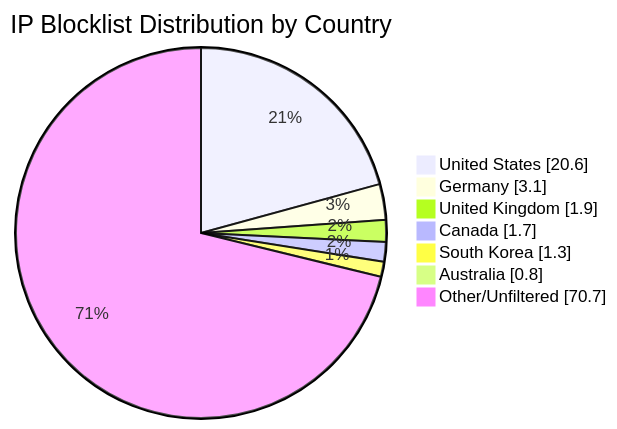
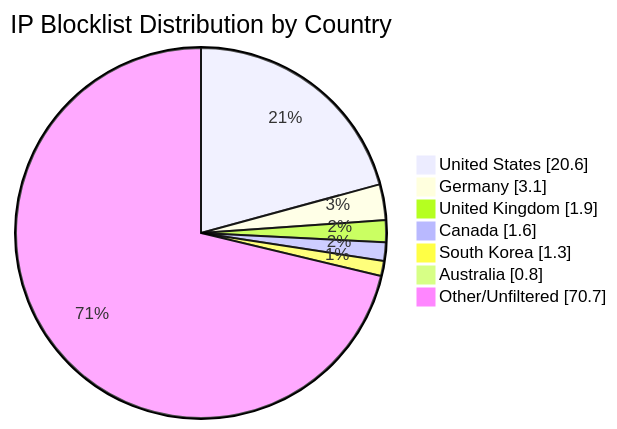
The diagram in README.md (MarcusHoltz/ipblocklist-geofiltered-aggregator), drawn with Mermaid before and after one commit. The commit also changed other lines of this file and 9 other files, not shown here.

````diff
--- a/README.md
+++ b/README.md
@@ -34,10 +34,10 @@
 ```mermaid
 pie showData title IP Blocklist Distribution by Country
 "United States" : 20.6
 "Germany" : 3.1
 "United Kingdom" : 1.9
-"Canada" : 1.7
+"Canada" : 1.6
 "South Korea" : 1.3
 "Australia" : 0.8
 "Other/Unfiltered" : 70.7
 ```
````
